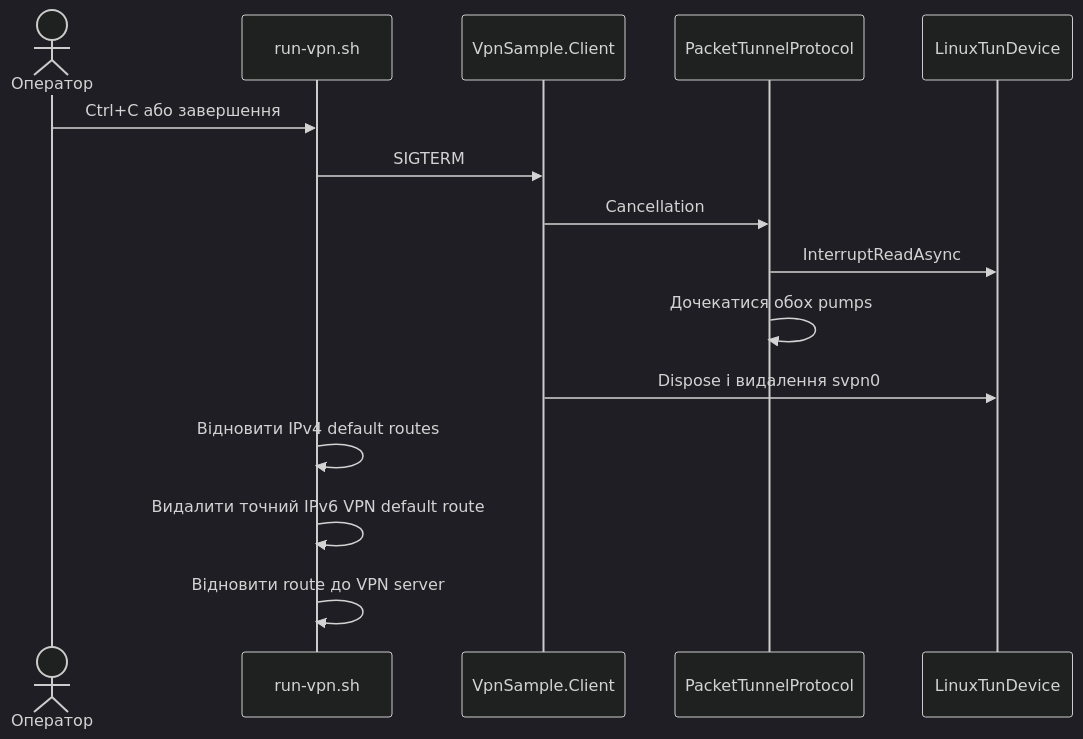
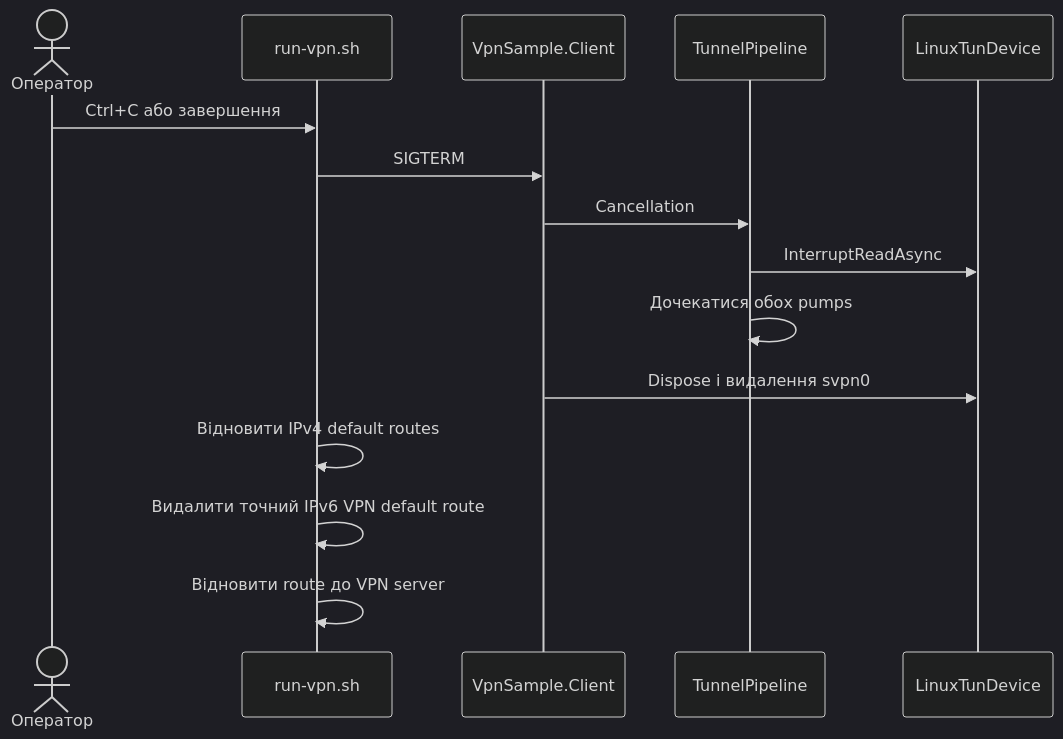
The sixth of 6 diagrams in ARCHITECTURE.md (podkolzzzin/VPNSample), drawn with Mermaid (dark theme) before and after one commit. The commit also changed other lines of this file and 28 other files, not shown here.

Commit message:
Introduce an extensible tunnel pipeline

````diff
--- a/ARCHITECTURE.md
+++ b/ARCHITECTURE.md
@@ -173,18 +193,18 @@
 ```mermaid
 sequenceDiagram
     actor User as Оператор
     participant Run as run-vpn.sh
     participant Client as VpnSample.Client
-    participant Protocol as PacketTunnelProtocol
+    participant Protocol as TunnelPipeline
     participant Tun as LinuxTunDevice
 
     User->>Run: Ctrl+C або завершення
     Run->>Client: SIGTERM
     Client->>Protocol: Cancellation
     Protocol->>Tun: InterruptReadAsync
     Protocol->>Protocol: Дочекатися обох pumps
     Client->>Tun: Dispose і видалення svpn0
     Run->>Run: Відновити IPv4 default routes
     Run->>Run: Видалити точний IPv6 VPN default route
     Run->>Run: Відновити route до VPN server
 ```
````
